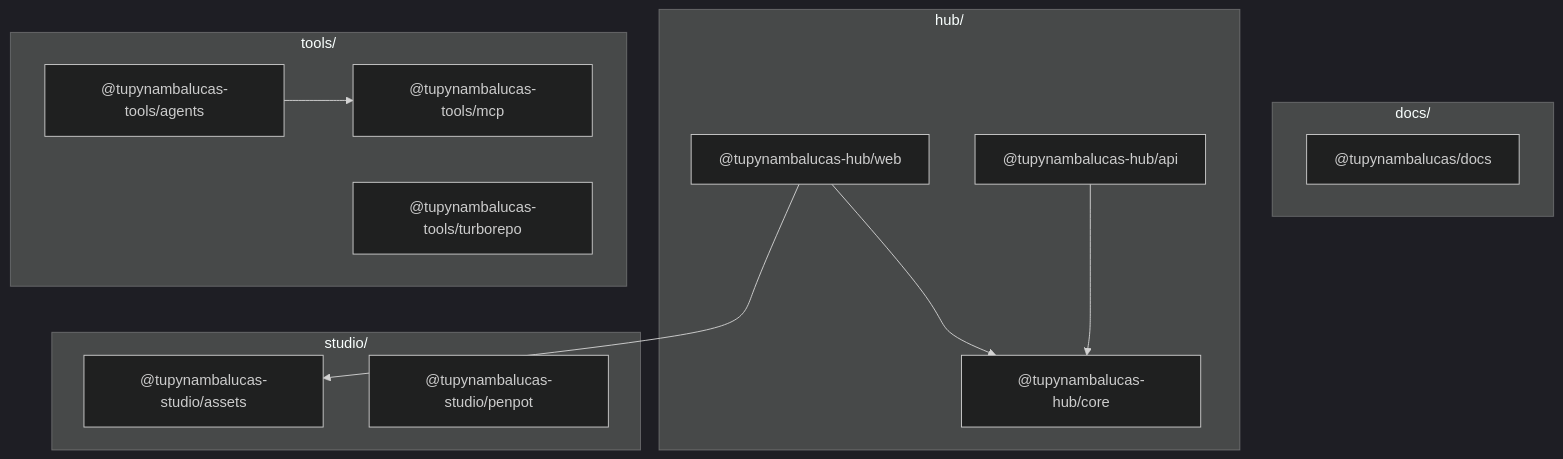
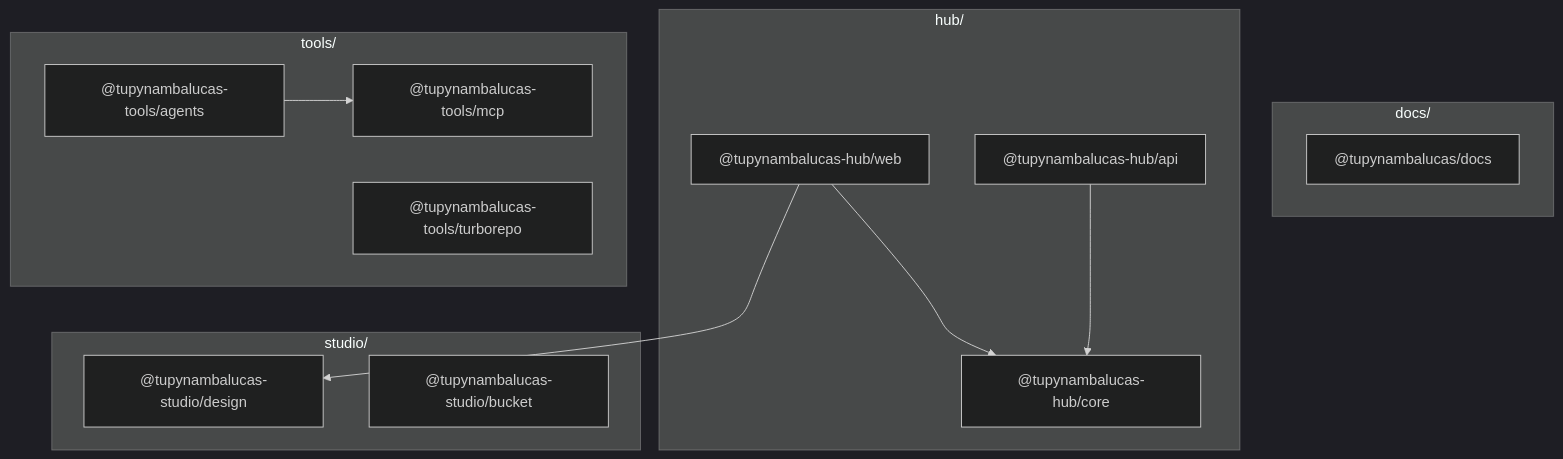
The diagram in MONOREPO.md (tupynambalucas/tupynambalucas), drawn with Mermaid (dark theme) before and after one commit. The commit also changed other lines of this file and 77 other files, not shown here.

First line of the commit message:
refactor: migrate icon and logo imports from assets to design package

````diff
--- a/MONOREPO.md
+++ b/MONOREPO.md
@@ -78,25 +78,25 @@
 ```mermaid
 graph TD
     direction TB
     subgraph Docs_Context ["docs/"]
         Docs["@tupynambalucas/docs"]
     end
     subgraph Hub_Context ["hub/"]
         Web["@tupynambalucas-hub/web"]
         API["@tupynambalucas-hub/api"]
         Core["@tupynambalucas-hub/core"]
     end
     subgraph Studio_Context ["studio/"]
-        Assets["@tupynambalucas-studio/assets"]
-        Penpot["@tupynambalucas-studio/penpot"]
+        Design["@tupynambalucas-studio/design"]
+        Bucket["@tupynambalucas-studio/bucket"]
     end
     subgraph Tools_Context ["tools/"]
         MCPAgents["@tupynambalucas-tools/agents"]
         MCPGateway["@tupynambalucas-tools/mcp"]
         TurboCache["@tupynambalucas-tools/turborepo"]
     end
     Web --> Core
     API --> Core
-    Web --> Assets
+    Web --> Design
     MCPAgents --> MCPGateway
 ```
````
